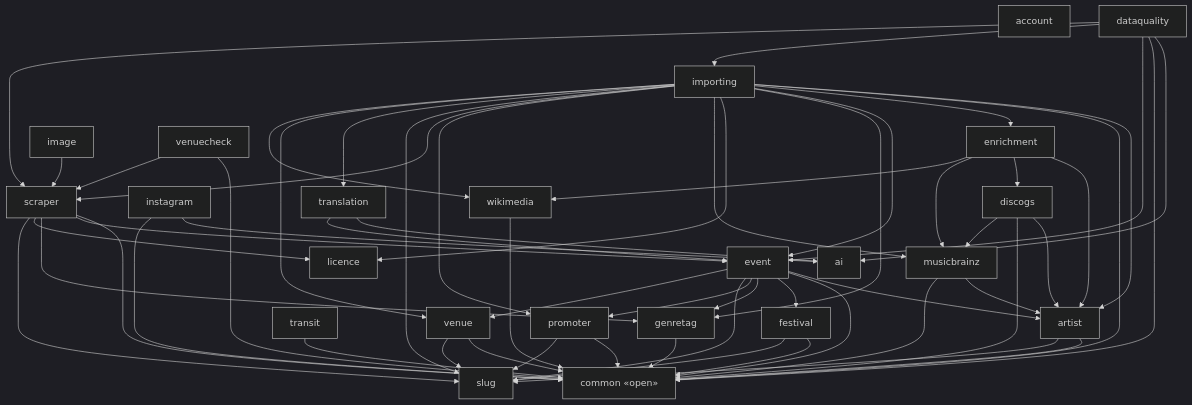
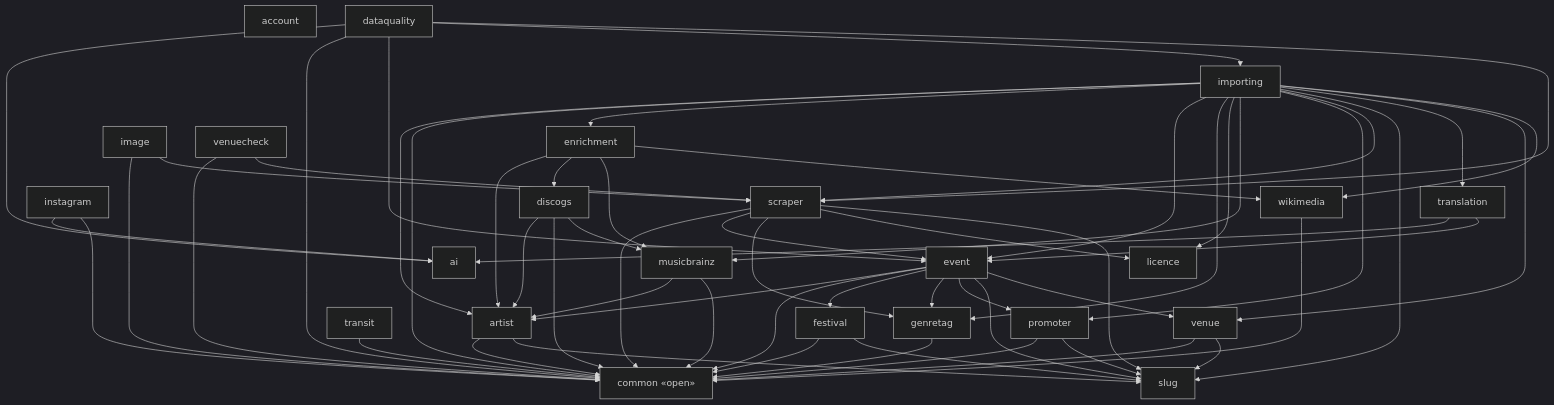
One commit to enorm-labs/event-junkie changed the diagram in docs/architecture/modules-events-importer.md. Above: the diagram before and after it, drawn with Mermaid (dark theme). The commit also changed 3 other files, not shown here.

```diff
--- a/docs/architecture/modules-events-importer.md
+++ b/docs/architecture/modules-events-importer.md
@@ -56,6 +56,7 @@
     festival --> common
     festival --> slug
     genretag --> common
+    image --> common
     image --> scraper
     importing --> artist
     importing --> common
```
